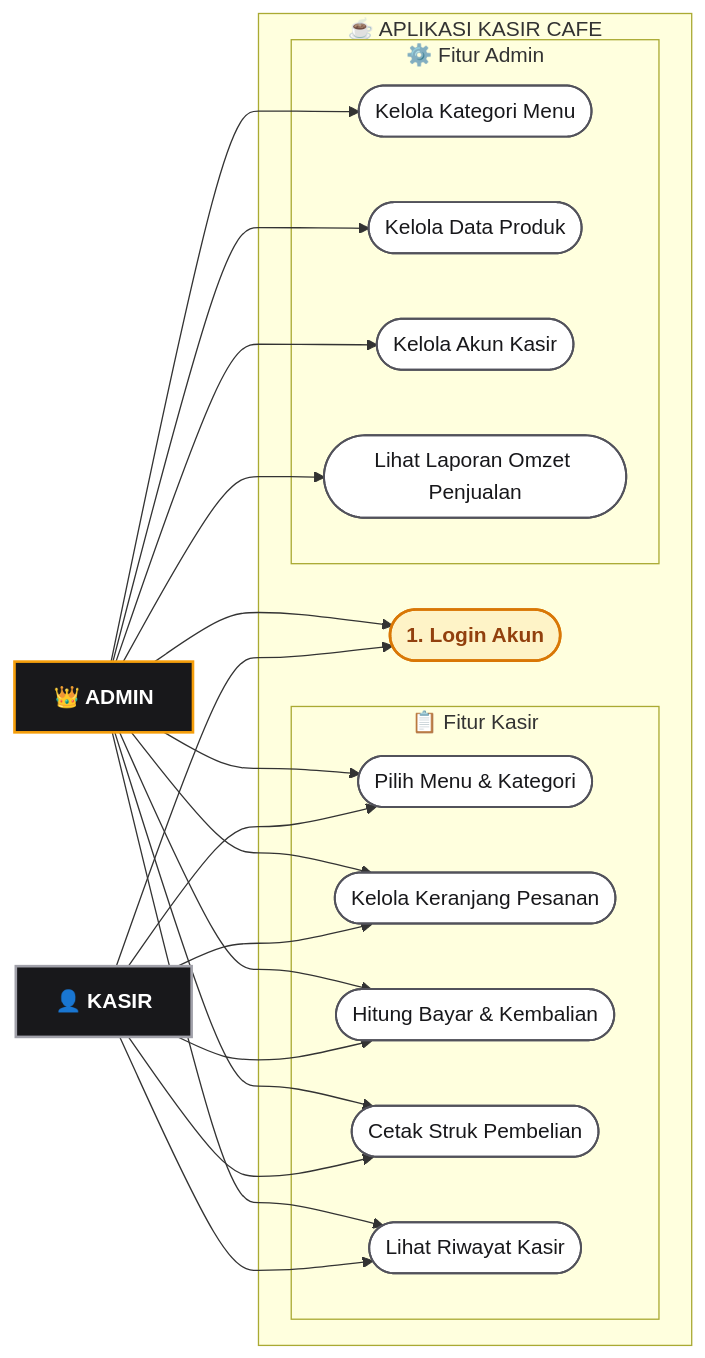
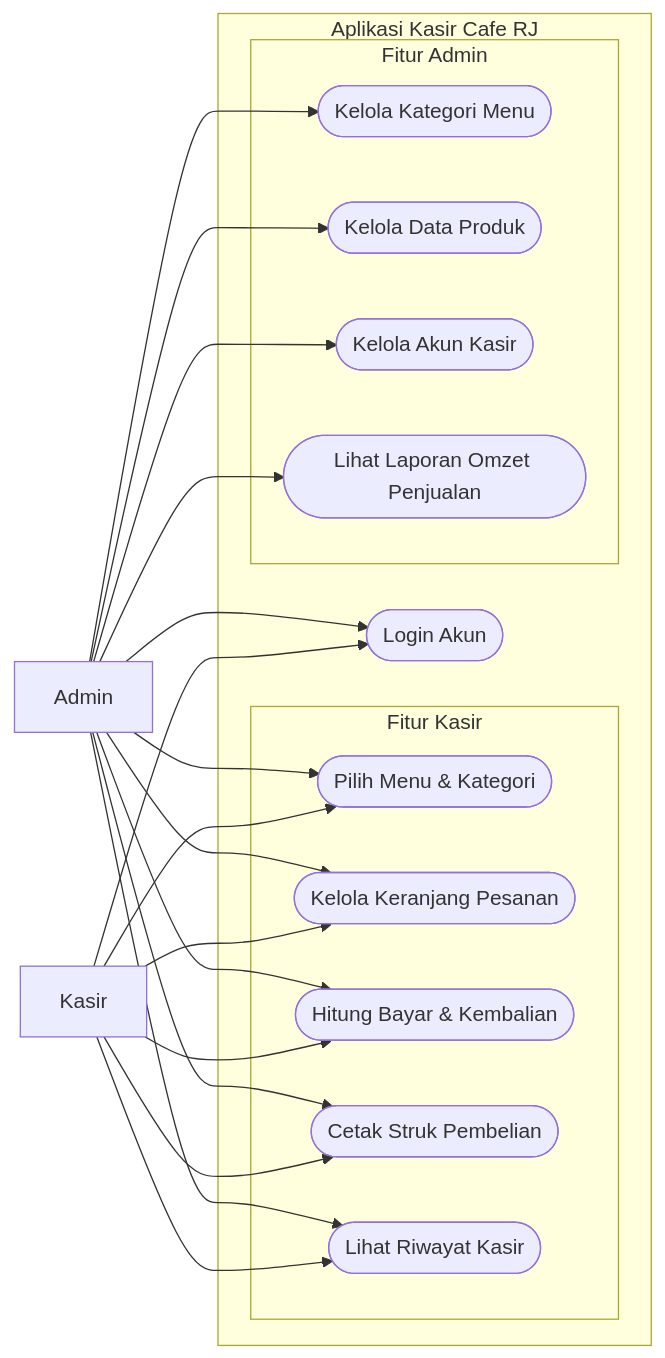
One commit to yanzyuyu/caferj changed the first of 4 diagrams in docs/SRS_Cafe_RJ.md. Above: the diagram before and after it, drawn with Mermaid. The commit also changed other lines of this file, not shown here.

Commit message:
format srs for word with rubric and clean diagrams

````diff
--- a/docs/SRS_Cafe_RJ.md
+++ b/docs/SRS_Cafe_RJ.md
@@ -251,47 +234,42 @@
 ```mermaid
 flowchart LR
-    subgraph APP["☕ APLIKASI KASIR CAFE"]
-        Login(["1. Login Akun"]):::loginNode
+    Kasir["Kasir"]
+    Admin["Admin"]
 
-        subgraph KASIR_BOX["📋 Fitur Kasir"]
-            UC_K1(["Pilih Menu & Kategori"]):::ucNode
-            UC_K2(["Kelola Keranjang Pesanan"]):::ucNode
-            UC_K3(["Hitung Bayar & Kembalian"]):::ucNode
-            UC_K4(["Cetak Struk Pembelian"]):::ucNode
-            UC_K5(["Lihat Riwayat Kasir"]):::ucNode
+    subgraph Aplikasi_POS["Aplikasi Kasir Cafe RJ"]
+        Login(["Login Akun"])
+
+        subgraph Fitur_Kasir["Fitur Kasir"]
+            K1(["Pilih Menu & Kategori"])
+            K2(["Kelola Keranjang Pesanan"])
+            K3(["Hitung Bayar & Kembalian"])
+            K4(["Cetak Struk Pembelian"])
+            K5(["Lihat Riwayat Kasir"])
         end
 
-        subgraph ADMIN_BOX["⚙️ Fitur Admin"]
-            UC_A1(["Kelola Kategori Menu"]):::ucNode
-            UC_A2(["Kelola Data Produk"]):::ucNode
-            UC_A3(["Kelola Akun Kasir"]):::ucNode
-            UC_A4(["Lihat Laporan Omzet Penjualan"]):::ucNode
+        subgraph Fitur_Admin["Fitur Admin"]
+            A1(["Kelola Kategori Menu"])
+            A2(["Kelola Data Produk"])
+            A3(["Kelola Akun Kasir"])
+            A4(["Lihat Laporan Omzet Penjualan"])
         end
     end
 
-    Kasir["👤 KASIR"]:::actorKasir
-    Admin["👑 ADMIN"]:::actorAdmin
-
     Kasir --> Login
-    Kasir --> UC_K1
-    Kasir --> UC_K2
-    Kasir --> UC_K3
-    Kasir --> UC_K4
-    Kasir --> UC_K5
+    Kasir --> K1
+    Kasir --> K2
+    Kasir --> K3
+    Kasir --> K4
+    Kasir --> K5
 
     Admin --> Login
-    Admin --> UC_K1
-    Admin --> UC_K2
-    Admin --> UC_K3
-    Admin --> UC_K4
-    Admin --> UC_K5
-    Admin --> UC_A1
-    Admin --> UC_A2
-    Admin --> UC_A3
-    Admin --> UC_A4
-
-    classDef actorKasir fill:#18181b,stroke:#a1a1aa,color:#ffffff,stroke-width:2px,font-weight:bold;
-    classDef actorAdmin fill:#18181b,stroke:#f59e0b,color:#ffffff,stroke-width:2px,font-weight:bold;
-    classDef loginNode fill:#fef3c7,stroke:#d97706,color:#92400e,stroke-width:2px,font-weight:bold;
-    classDef ucNode fill:#ffffff,stroke:#52525b,color:#18181b,stroke-width:1.5px;
+    Admin --> K1
+    Admin --> K2
+    Admin --> K3
+    Admin --> K4
+    Admin --> K5
+    Admin --> A1
+    Admin --> A2
+    Admin --> A3
+    Admin --> A4
 ```
````
